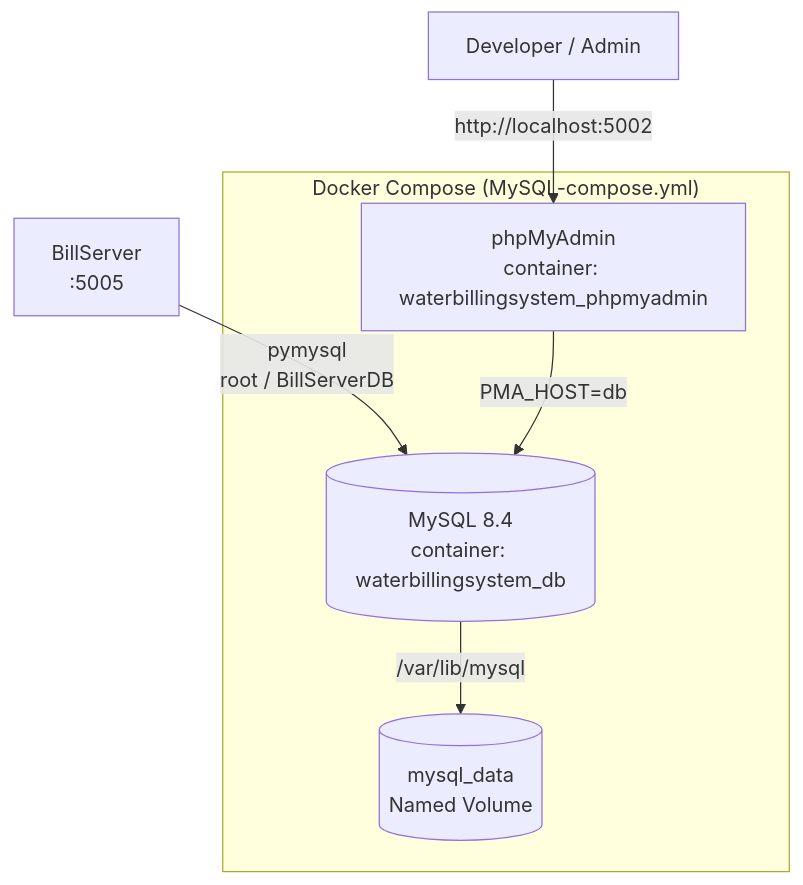
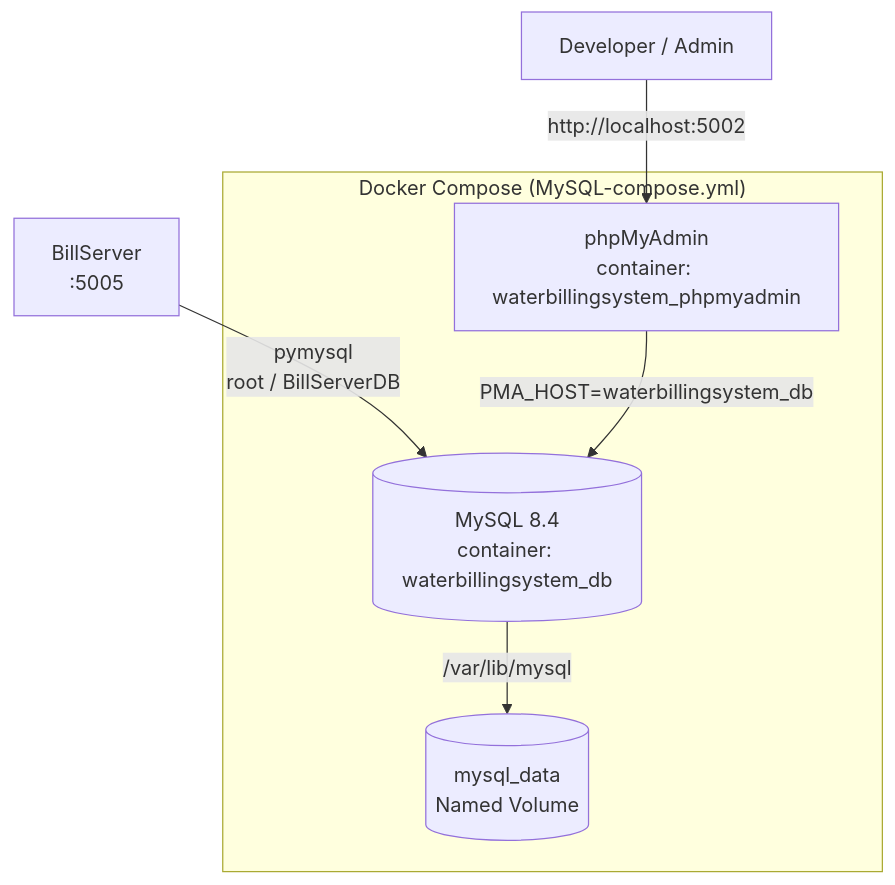
Before and after one commit to NovaProtocol/WaterBillingSystem: the diagram in documentations/docs/docker/index.md, drawn with Mermaid. The commit also changed other lines of this file and 6 other files, not shown here.

````diff
--- a/documentations/docs/docker/index.md
+++ b/documentations/docs/docker/index.md
@@ -7,13 +7,13 @@
 ```mermaid
 graph TB
     subgraph "Docker Compose (MySQL-compose.yml)"
         DB[("MySQL 8.4<br/>container: waterbillingsystem_db")]
         PHPMYADMIN["phpMyAdmin<br/>container: waterbillingsystem_phpmyadmin"]
         VOL[(mysql_data<br/>Named Volume)]
     end
 
     BILL["BillServer<br/>:5005"] -->|"pymysql<br/>root / BillServerDB"| DB
     USER["Developer / Admin"] -->|"http://localhost:5002"| PHPMYADMIN
     DB -->|"/var/lib/mysql"| VOL
-    PHPMYADMIN -->|"PMA_HOST=db"| DB
+    PHPMYADMIN -->|"PMA_HOST=waterbillingsystem_db"| DB
 ```
````
